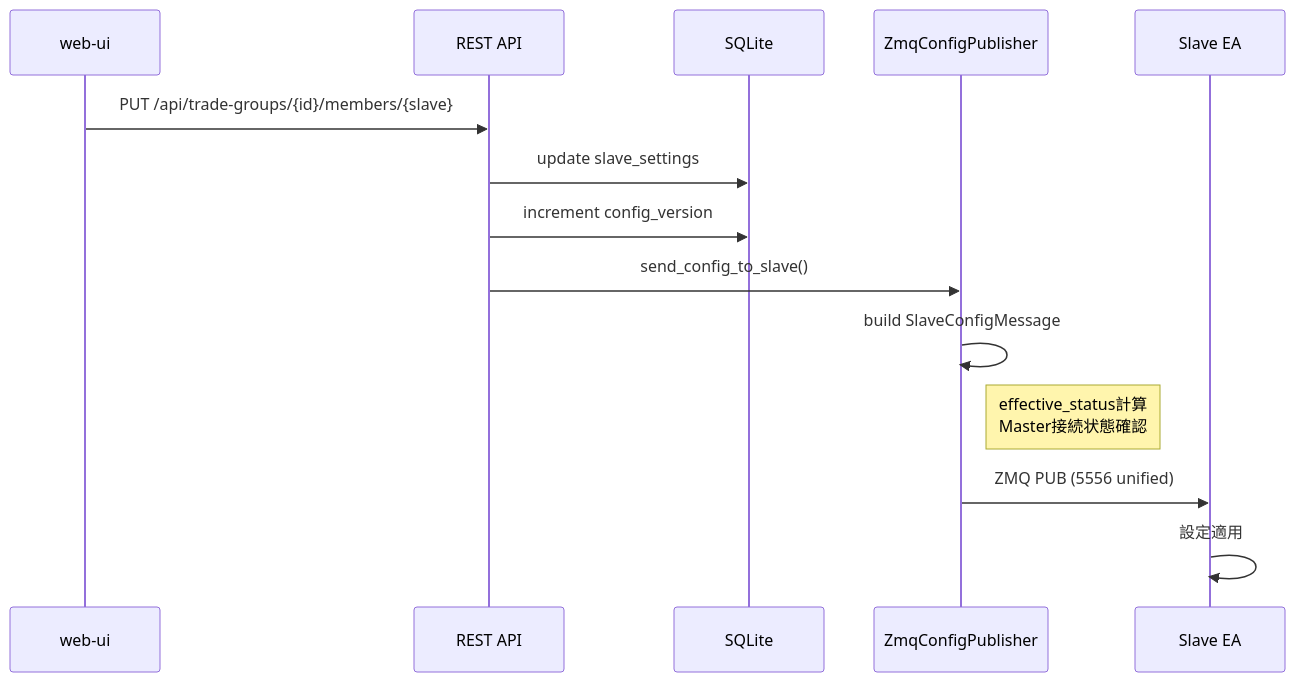
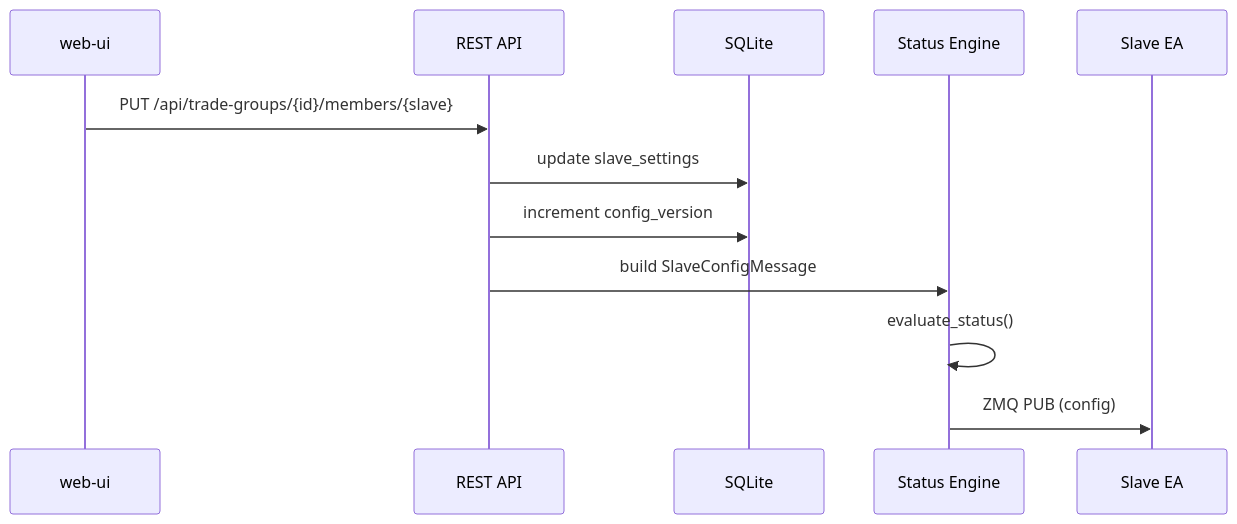
Before and after one commit to poruru210/sankey-copier: the sixth of 6 diagrams in docs/relay-server.md, drawn with Mermaid. The commit also changed other lines of this file and 5 other files, not shown here.

````diff
--- a/docs/relay-server.md
+++ b/docs/relay-server.md
@@ -376,19 +545,15 @@
 ```mermaid
 sequenceDiagram
     participant UI as web-ui
     participant API as REST API
     participant DB as SQLite
-    participant ZMQ as ZmqConfigPublisher
+    participant SE as Status Engine
     participant EA as Slave EA
 
     UI->>API: PUT /api/trade-groups/{id}/members/{slave}
     API->>DB: update slave_settings
     API->>DB: increment config_version
-    API->>ZMQ: send_config_to_slave()
-
-    ZMQ->>ZMQ: build SlaveConfigMessage
-    Note right of ZMQ: effective_status計算<br/>Master接続状態確認
-    ZMQ->>EA: ZMQ PUB (5556 unified)
-
-    EA->>EA: 設定適用
+    API->>SE: build SlaveConfigMessage
+    SE->>SE: evaluate_status()
+    SE->>EA: ZMQ PUB (config)
 ```
````
